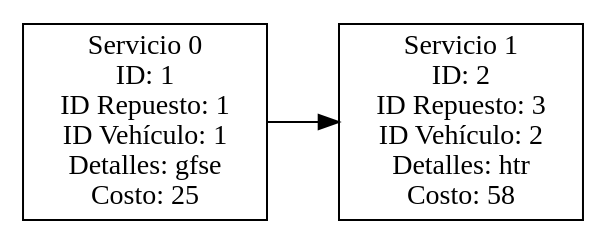
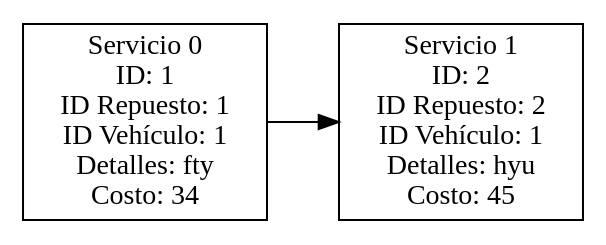
Before and after one commit to Farot30/-EDD-1S2025_202307820: the diagram in Fase#1/Graficas/Cola.dot, drawn with Graphviz. The commit also changed 18 other files, not shown here.

```diff
--- a/Fase#1/Graficas/Cola.dot
+++ b/Fase#1/Graficas/Cola.dot
@@ -1,7 +1,7 @@
 digraph G {
 rankdir=LR;
 node [shape=record];
-"1" [label="Servicio 0\nID: 1\nID Repuesto: 1\nID Vehículo: 1\nDetalles: gfse\nCosto: 25"];
+"1" [label="Servicio 0\nID: 1\nID Repuesto: 1\nID Vehículo: 1\nDetalles: fty\nCosto: 34"];
 "1" -> "2";
-"2" [label="Servicio 1\nID: 2\nID Repuesto: 3\nID Vehículo: 2\nDetalles: htr\nCosto: 58"];
+"2" [label="Servicio 1\nID: 2\nID Repuesto: 2\nID Vehículo: 1\nDetalles: hyu\nCosto: 45"];
 }
```
